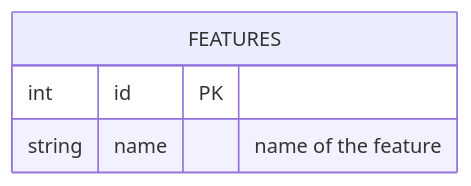
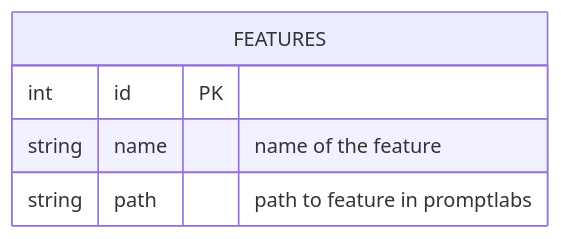
Before and after one commit to promptlabth/docs-of-all: the diagram in database/CONFIG/FEATURES/features.md, drawn with Mermaid. The commit also changed other lines of this file, not shown here.

Commit message:
add path to table

````diff
--- a/database/CONFIG/FEATURES/features.md
+++ b/database/CONFIG/FEATURES/features.md
@@ -3,7 +3,8 @@
 ```mermaid
 erDiagram
     FEATURES{
         int id PK
         string name "name of the feature" 
+        string path "path to feature in promptlabs"
     }
 ```
````
